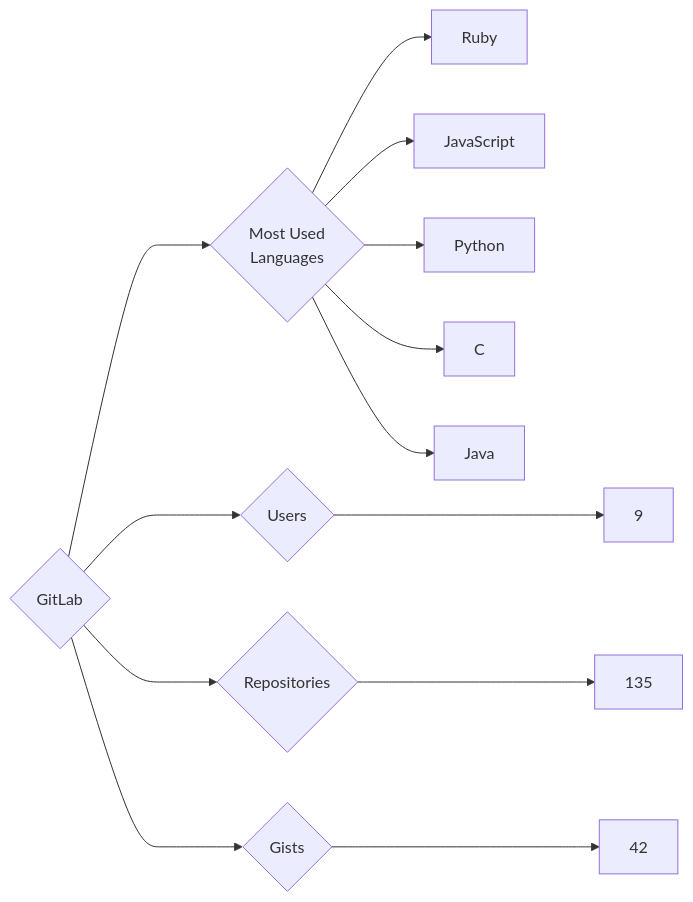
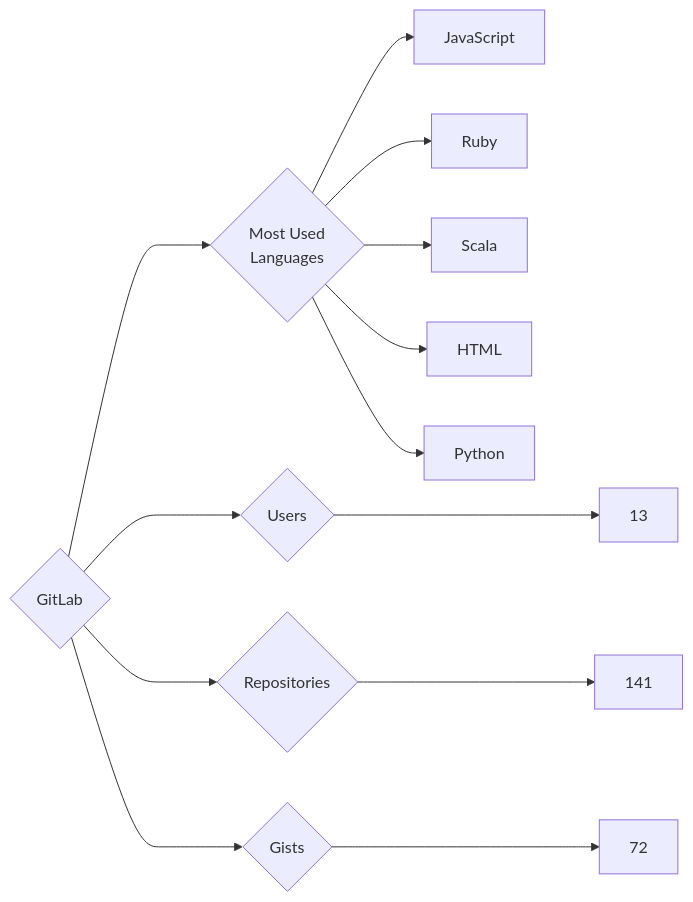
Before and after one commit to trickest/insiders: the diagram in targets/GitLab/README.md, drawn with Mermaid. The commit also changed 935 other files, not shown here.

````diff
--- a/targets/GitLab/README.md
+++ b/targets/GitLab/README.md
@@ -3,13 +3,13 @@
 ```mermaid
 graph LR
 COMPANY_NAME{GitLab}
-COMPANY_NAME ---> U{Users} ---> UN[9]
-COMPANY_NAME ---> R{Repositories} ---> RN[135]
-COMPANY_NAME ---> G{Gists} ---> GN[42]
+COMPANY_NAME ---> U{Users} ---> UN[13]
+COMPANY_NAME ---> R{Repositories} ---> RN[141]
+COMPANY_NAME ---> G{Gists} ---> GN[72]
 COMPANY_NAME ---> ML{Most Used<br>Languages}
+ML --> JavaScript[JavaScript]
 ML --> Ruby[Ruby]
-ML --> JavaScript[JavaScript]
+ML --> Scala[Scala]
+ML --> HTML[HTML]
 ML --> Python[Python]
-ML --> C[C]
-ML --> Java[Java]
 ```
````
